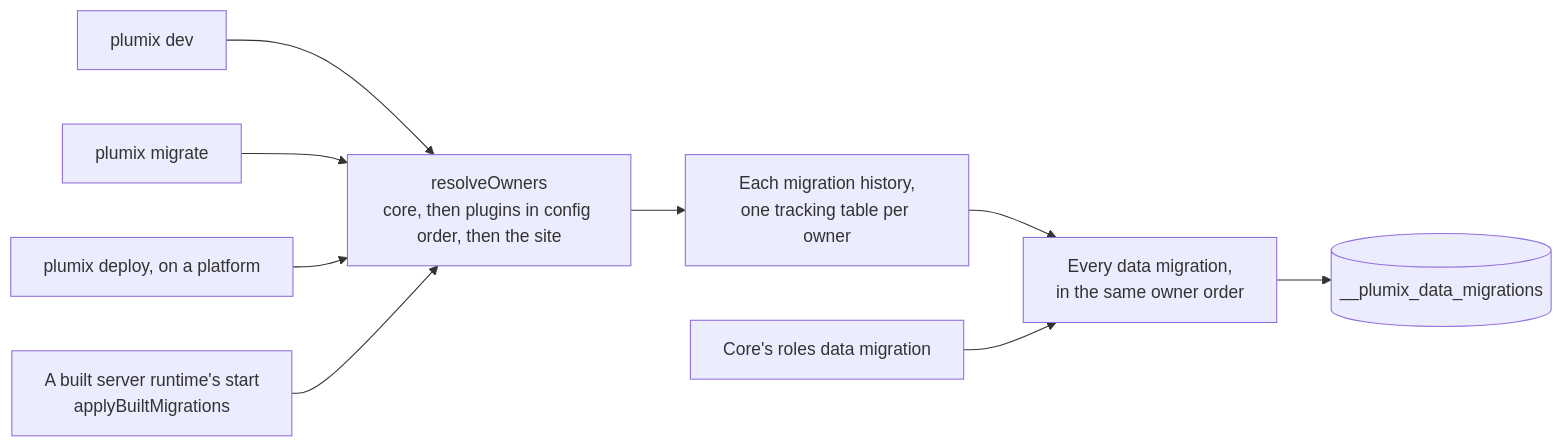
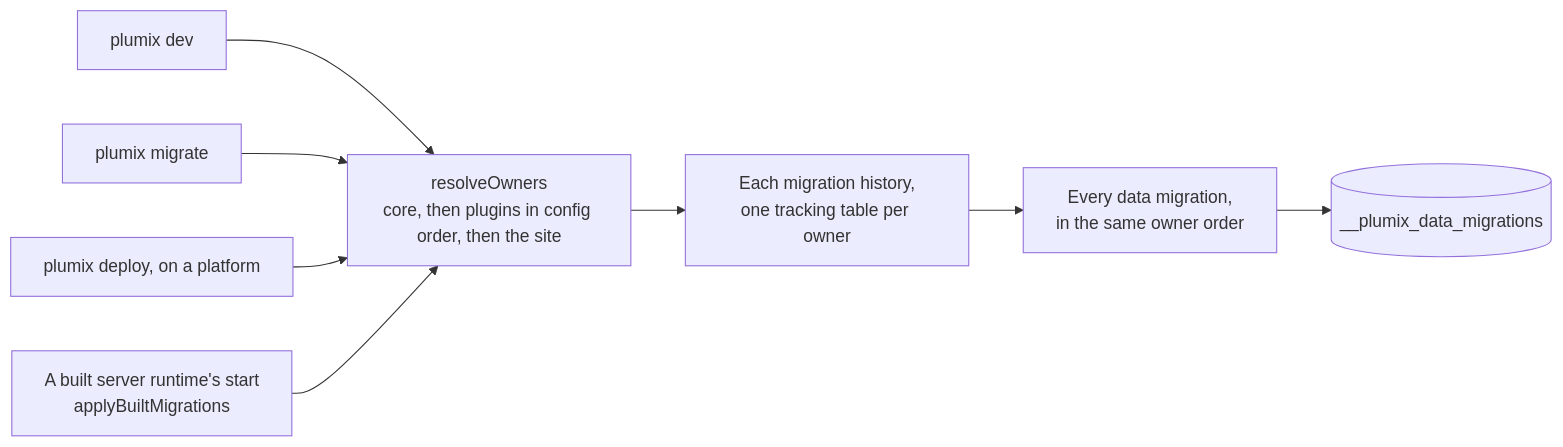
The diagram in docs/architecture/migrations.md (withplumix/plumix), drawn with Mermaid before and after one commit. The commit also changed other lines of this file and 45 other files, not shown here.

First line of the commit message:
feat(core): let a site declare its roles in config

````diff
--- a/docs/architecture/migrations.md
+++ b/docs/architecture/migrations.md
@@ -16,11 +16,10 @@
 ```mermaid
 flowchart LR
   dev["plumix dev"] --> owners
   migrate["plumix migrate"] --> owners
   deploy["plumix deploy, on a platform"] --> owners
   start["A built server runtime's start<br/>applyBuiltMigrations"] --> owners
   owners["resolveOwners<br/>core, then plugins in config order, then the site"] --> schema["Each migration history,<br/>one tracking table per owner"]
   schema --> data["Every data migration,<br/>in the same owner order"]
   data --> track[("__plumix_data_migrations")]
-  roles["Core's roles data migration"] --> data
 ```
````
